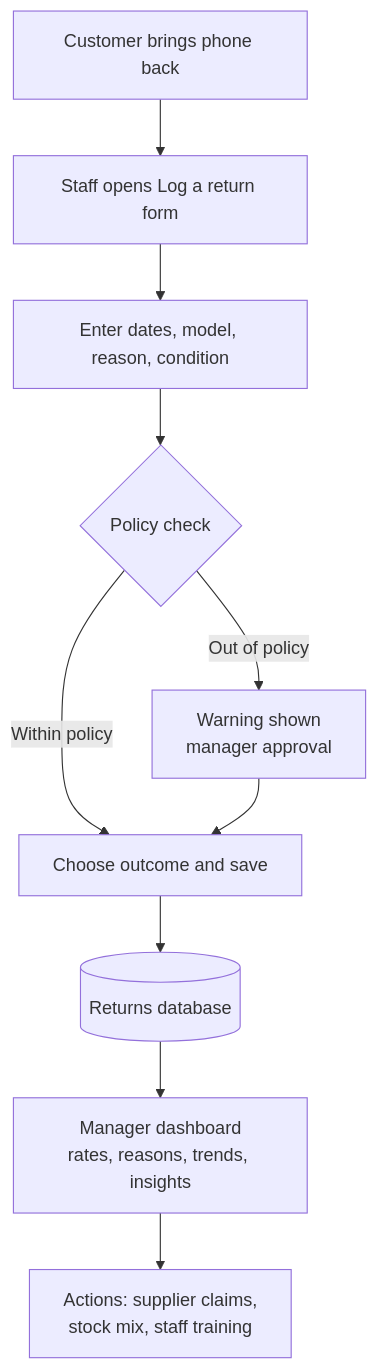
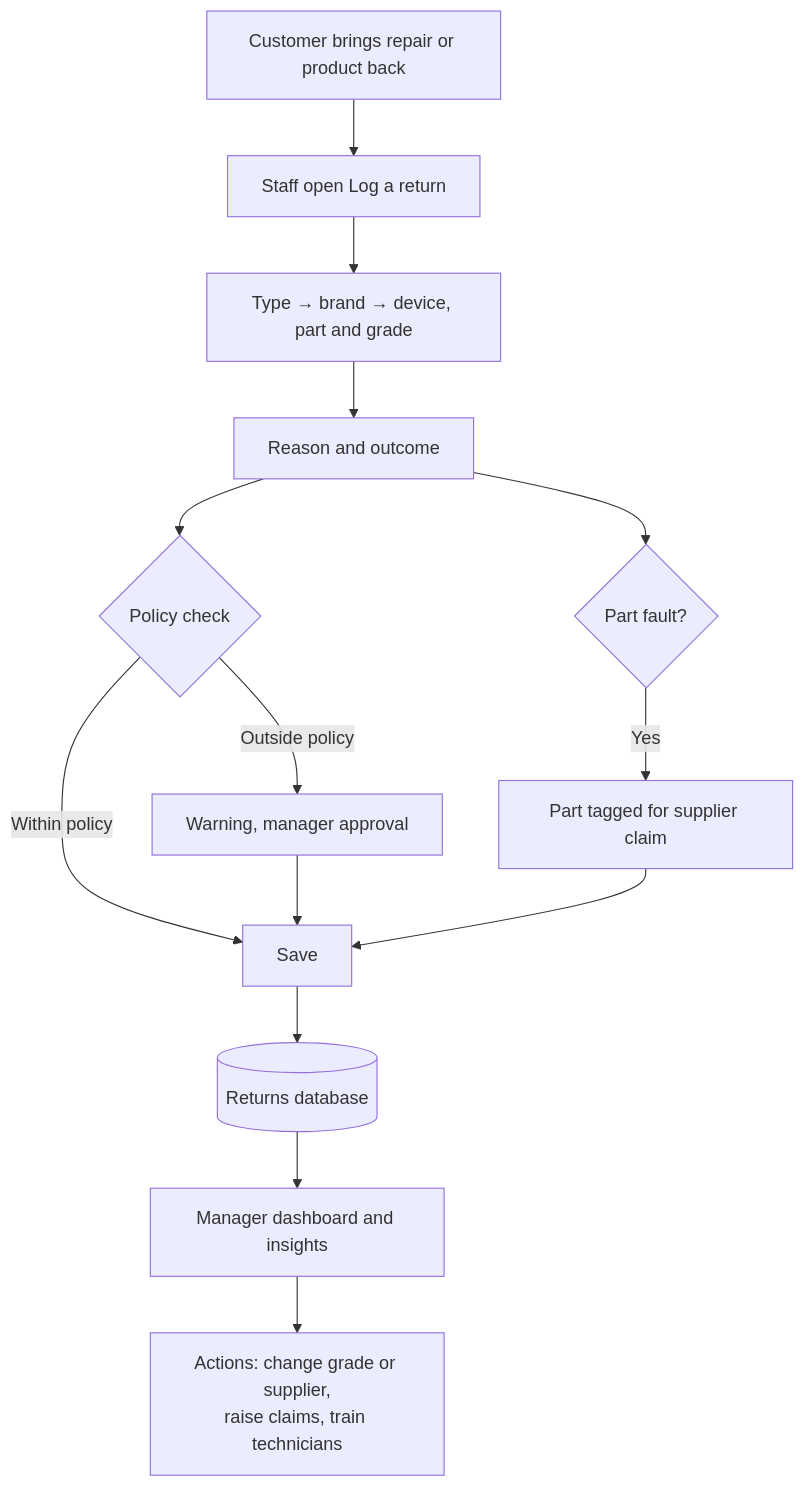
Before and after one commit to sanjayprakash-git/returns-tracker: the third of 3 diagrams in docs/requirements.md, drawn with Mermaid. The commit also changed other lines of this file and 13 other files, not shown here.

Commit message:
Rework for a phone repair & accessories shop: repair comebacks by part, grade and supplier, accessory groups, supplier claims, warranty rules

````diff
--- a/docs/requirements.md
+++ b/docs/requirements.md
@@ -186,12 +198,15 @@
 ```mermaid
 flowchart TD
-    A[Customer brings phone back] --> B[Staff opens Log a return form]
-    B --> C[Enter dates, model, reason, condition]
-    C --> D{Policy check}
-    D -->|Within policy| E[Choose outcome and save]
-    D -->|Out of policy| F[Warning shown<br/>manager approval]
-    F --> E
-    E --> G[(Returns database)]
-    G --> H[Manager dashboard<br/>rates, reasons, trends, insights]
-    H --> I[Actions: supplier claims,<br/>stock mix, staff training]
+    A[Customer brings repair or product back] --> B[Staff open Log a return]
+    B --> C[Type → brand → device, part and grade]
+    C --> D[Reason and outcome]
+    D --> E{Policy check}
+    E -->|Within policy| F[Save]
+    E -->|Outside policy| G[Warning, manager approval] --> F
+    D --> H{Part fault?}
+    H -->|Yes| I[Part tagged for supplier claim]
+    I --> F
+    F --> J[(Returns database)]
+    J --> K[Manager dashboard and insights]
+    K --> L[Actions: change grade or supplier,<br/>raise claims, train technicians]
 ```
````
